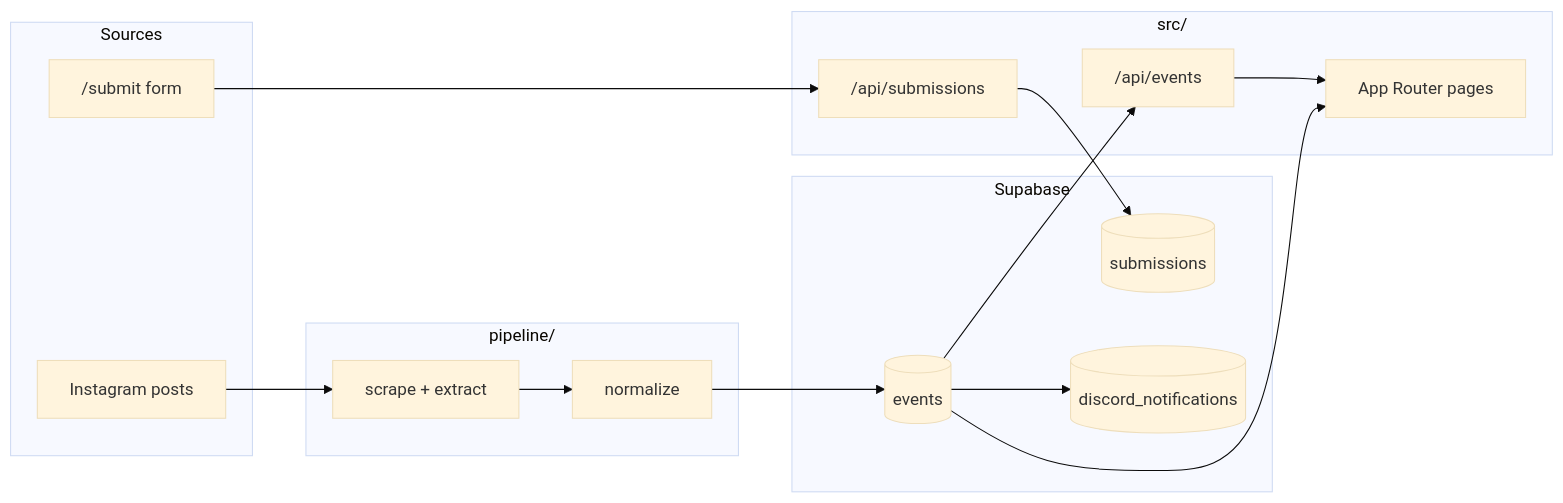
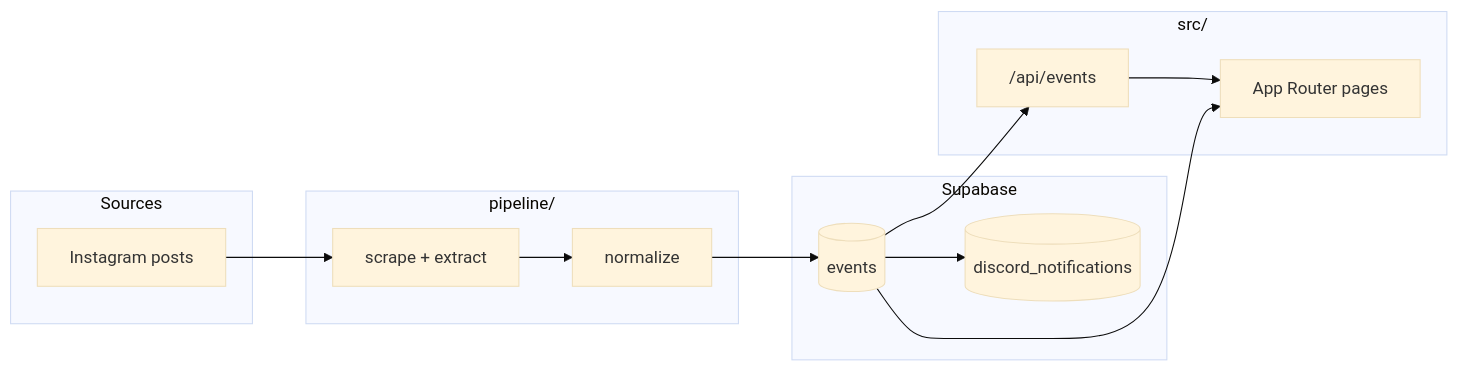
One commit to Highlander-Builders-Initiative/HighlanderHub changed the diagram in docs/ARCHITECTURE.md. Above: the diagram before and after it, drawn with Mermaid (base theme). The commit also changed other lines of this file and 69 other files, not shown here.

First line of the commit message:
Remove manual submission flow from platform

````diff
--- a/docs/ARCHITECTURE.md
+++ b/docs/ARCHITECTURE.md
@@ -7,31 +7,27 @@
 ```mermaid
 flowchart LR
   subgraph sources [Sources]
     IG[Instagram posts]
-    SUB["/submit form"]
   end
 
   subgraph pipeline [pipeline/]
     SCR[scrape + extract]
     NORM[normalize]
   end
 
   subgraph db [Supabase]
     EV[(events)]
-    SM[(submissions)]
     DN[(discord_notifications)]
   end
 
   subgraph app [src/]
-    SUBAPI["/api/submissions"]
     API["/api/events"]
     UI["App Router pages"]
   end
 
   IG --> SCR --> NORM --> EV
-  SUB --> SUBAPI --> SM
   EV --> DN
 
   EV --> API --> UI
   EV --> UI
 ```
````
